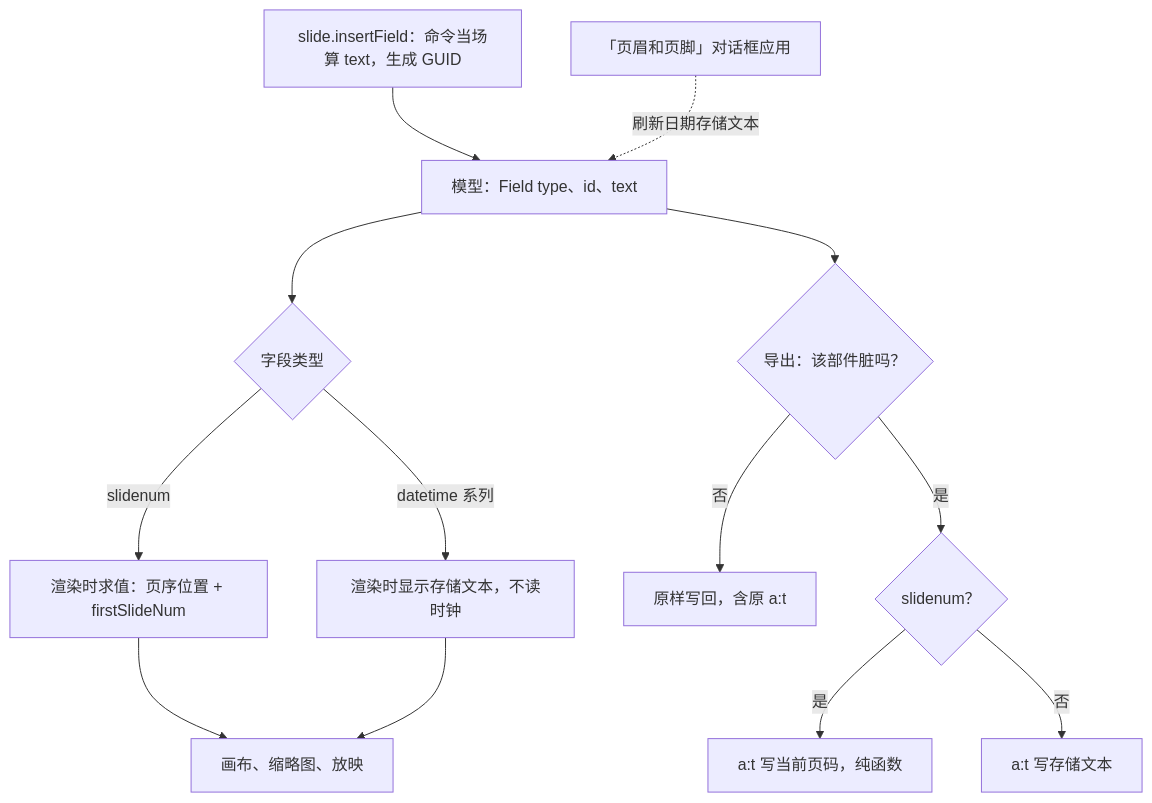
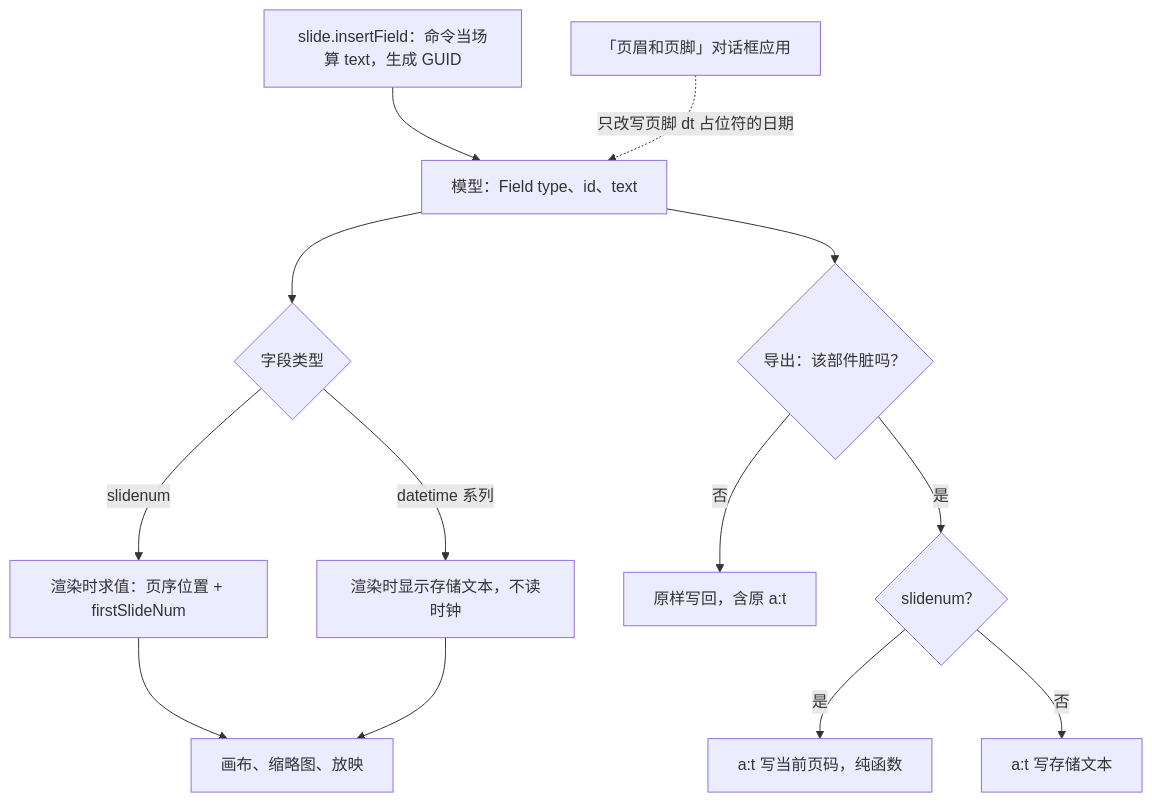
The sixth of 10 diagrams in docs/50-frontend/20-elements-text.md (Xeonice/cordis-ppt-editor), drawn with Mermaid before and after one commit. The commit also changed other lines of this file and 12 other files, not shown here.

````diff
--- a/docs/50-frontend/20-elements-text.md
+++ b/docs/50-frontend/20-elements-text.md
@@ -258,15 +258,15 @@
 ```mermaid
 flowchart TB
   ins["slide.insertField：命令当场算 text，生成 GUID"] --> model["模型：Field type、id、text"]
   model --> kind{"字段类型"}
   kind -- "slidenum" --> live["渲染时求值：页序位置 + firstSlideNum"]
   kind -- "datetime 系列" --> stored["渲染时显示存储文本，不读时钟"]
   live --> canvas["画布、缩略图、放映"]
   stored --> canvas
   model --> exp{"导出：该部件脏吗？"}
   exp -- "否" --> verb["原样写回，含原 a:t"]
   exp -- "是" --> recompute{"slidenum？"}
   recompute -- "是" --> writeNum["a:t 写当前页码，纯函数"]
   recompute -- "否" --> writeStored["a:t 写存储文本"]
-  hf["「页眉和页脚」对话框应用"] -. "刷新日期存储文本" .-> model
+  hf["「页眉和页脚」对话框应用"] -. "只改写页脚 dt 占位符的日期" .-> model
 ```
````
